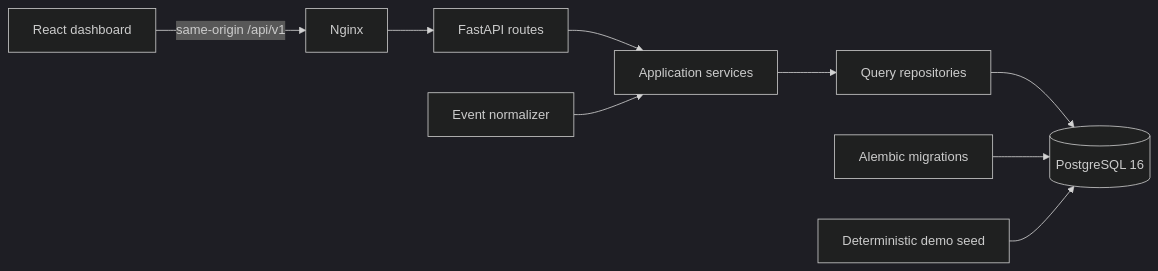
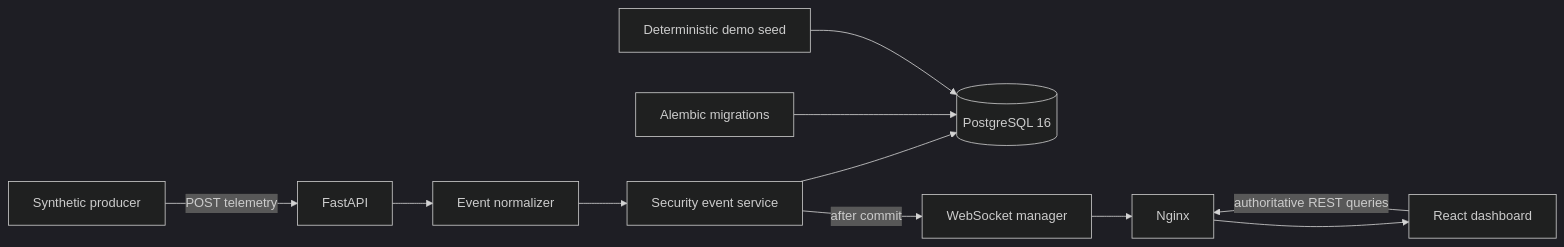
The diagram in README.md (Mayroskapnos/sentinel-security-platform), drawn with Mermaid (dark theme) before and after one commit. The commit also changed other lines of this file and 38 other files, not shown here.

Commit message:
feat: implement live telemetry and WebSocket streaming

````diff
--- a/README.md
+++ b/README.md
@@ -30,11 +32,13 @@
 ```mermaid
 flowchart LR
-    UI[React dashboard] -->|same-origin /api/v1| Proxy[Nginx]
-    Proxy --> Routes[FastAPI routes]
-    Routes --> Services[Application services]
-    Services --> Repositories[Query repositories]
-    Repositories --> DB[(PostgreSQL 16)]
-    Normalizer[Event normalizer] --> Services
+    Producer[Synthetic producer] -->|POST telemetry| API[FastAPI]
+    API --> Normalizer[Event normalizer]
+    Normalizer --> Service[Security event service]
+    Service --> DB[(PostgreSQL 16)]
+    Service -->|after commit| WS[WebSocket manager]
+    WS --> Proxy[Nginx]
+    Proxy --> UI[React dashboard]
+    UI -->|authoritative REST queries| Proxy
     Alembic[Alembic migrations] --> DB
     Seed[Deterministic demo seed] --> DB
 ```
````
